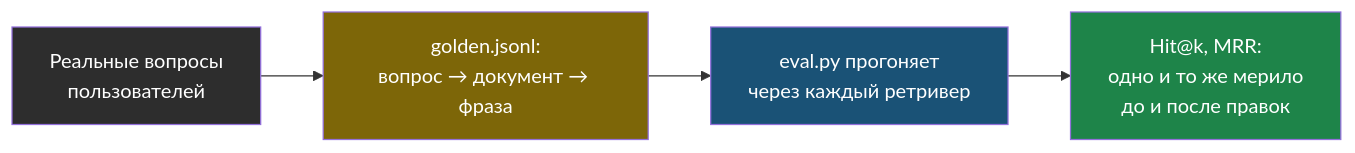
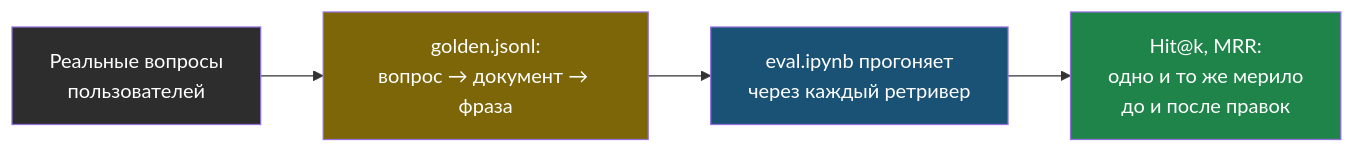
Before and after one commit to iRoboTron/ai-engineering: the sixth of 22 diagrams in docs/books/02-rag-deep/glossary.md, drawn with Mermaid. The commit also changed 11 other files, not shown here.

First line of the commit message:
Day 2: eval.py -> eval.ipynb, all day-2 lab files now notebooks

````diff
--- a/docs/books/02-rag-deep/glossary.md
+++ b/docs/books/02-rag-deep/glossary.md
@@ -89,10 +89,10 @@
 ```mermaid
 flowchart LR
     U["Реальные вопросы\nпользователей"] --> G["golden.jsonl:\nвопрос → документ → фраза"]
-    G --> E["eval.py прогоняет\nчерез каждый ретривер"]
+    G --> E["eval.ipynb прогоняет\nчерез каждый ретривер"]
     E --> R["Hit@k, MRR:\nодно и то же мерило\nдо и после правок"]
     style U fill:#2d2d2d,color:#fff
     style G fill:#7d6608,color:#fff
     style E fill:#1a5276,color:#fff
     style R fill:#1e8449,color:#fff
 ```
````
